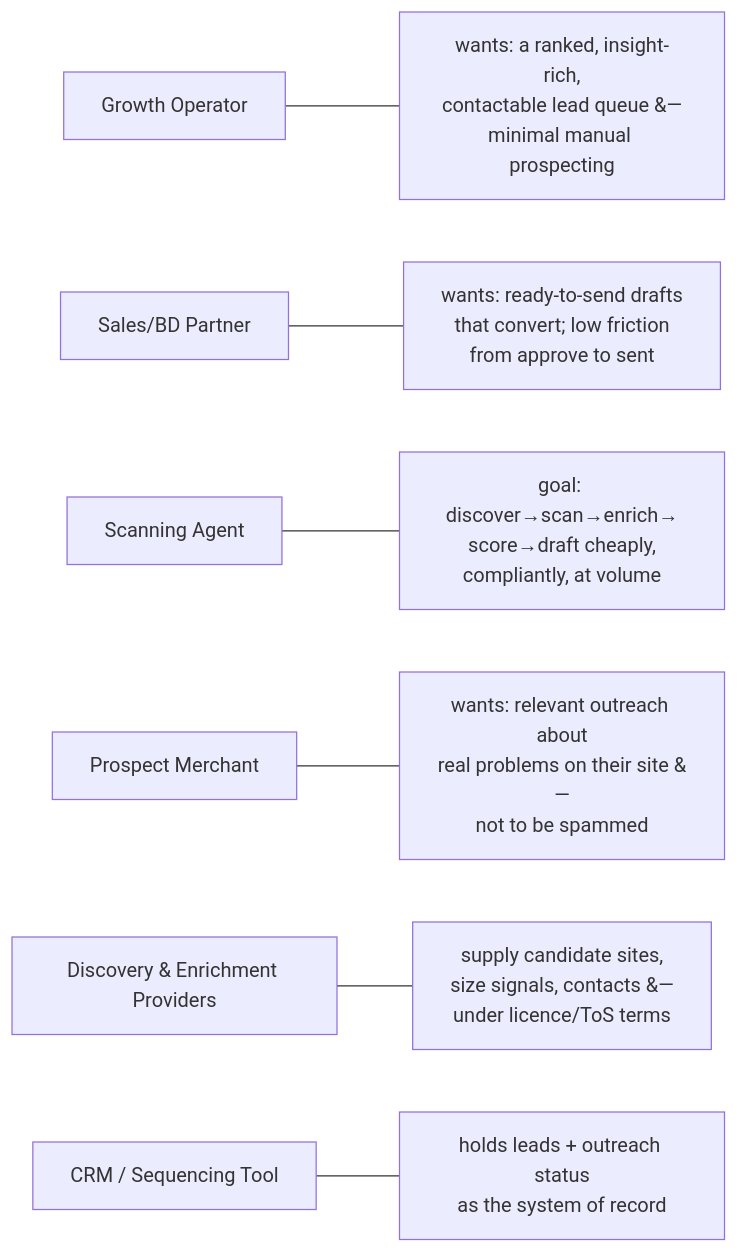
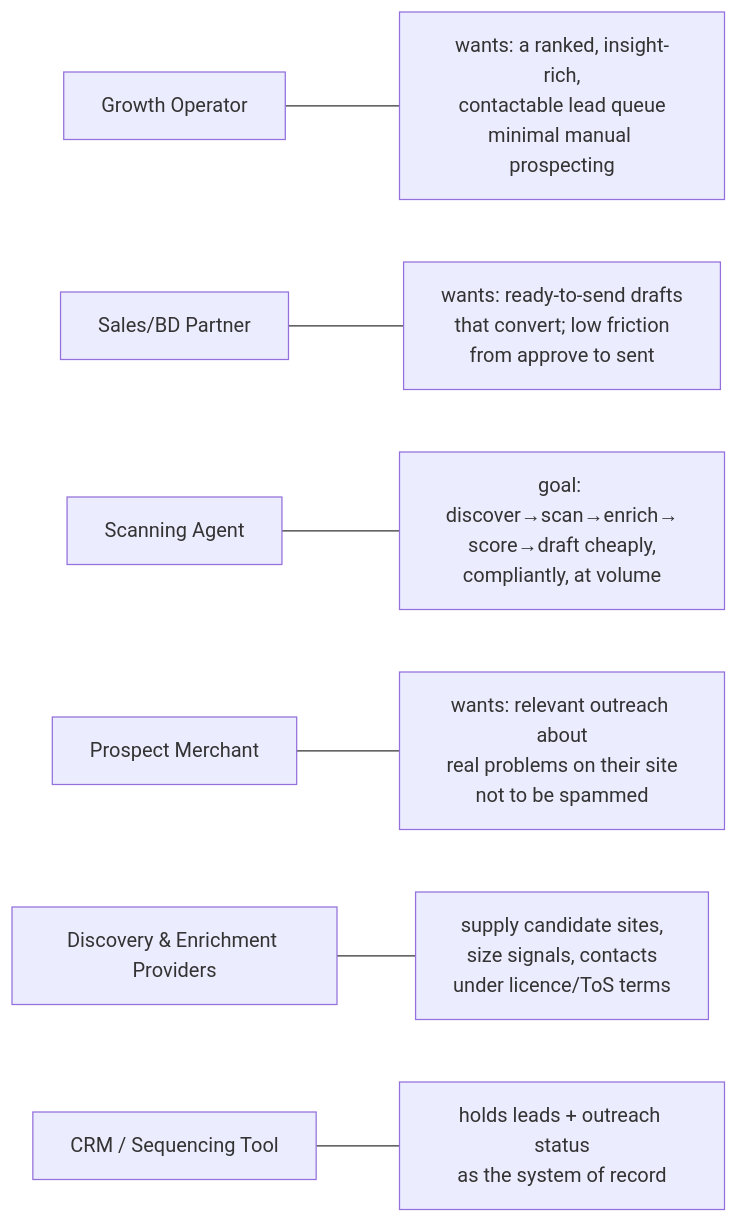
One commit to omars-lab/omars-lab.github.io changed the second of 13 diagrams in bytesofpurpose-blog/designs/2026-06-21-ecommerce-site-scanner-and-lead-generation-engine.mdx. Above: the diagram before and after it, drawn with Mermaid. The commit also changed other lines of this file and 9 other files, not shown here.

````diff
--- a/bytesofpurpose-blog/designs/2026-06-21-ecommerce-site-scanner-and-lead-generation-engine.mdx
+++ b/bytesofpurpose-blog/designs/2026-06-21-ecommerce-site-scanner-and-lead-generation-engine.mdx
@@ -177,17 +177,17 @@
 ```mermaid
 graph LR
     OP[Growth Operator]:::people
     BD[Sales/BD Partner]:::people
     AG[Scanning Agent]:::engine
     PR[Prospect Merchant]:::target
     PV[Discovery & Enrichment Providers]:::ext
     CRM[CRM / Sequencing Tool]:::ext
 
-    OP --- OPm["wants: a ranked, insight-rich,<br/>contactable lead queue &#8212;<br/>minimal manual prospecting"]:::note
+    OP --- OPm["wants: a ranked, insight-rich,<br/>contactable lead queue<br/>minimal manual prospecting"]:::note
     BD --- BDm["wants: ready-to-send drafts<br/>that convert; low friction<br/>from approve to sent"]:::note
     AG --- AGm["goal: discover→scan→enrich→<br/>score→draft cheaply,<br/>compliantly, at volume"]:::note
-    PR --- PRm["wants: relevant outreach about<br/>real problems on their site &#8212;<br/>not to be spammed"]:::note
-    PV --- PVm["supply candidate sites,<br/>size signals, contacts &#8212;<br/>under licence/ToS terms"]:::note
+    PR --- PRm["wants: relevant outreach about<br/>real problems on their site<br/>not to be spammed"]:::note
+    PV --- PVm["supply candidate sites,<br/>size signals, contacts<br/>under licence/ToS terms"]:::note
     CRM --- CRMm["holds leads + outreach status<br/>as the system of record"]:::note
 
 ```
````
